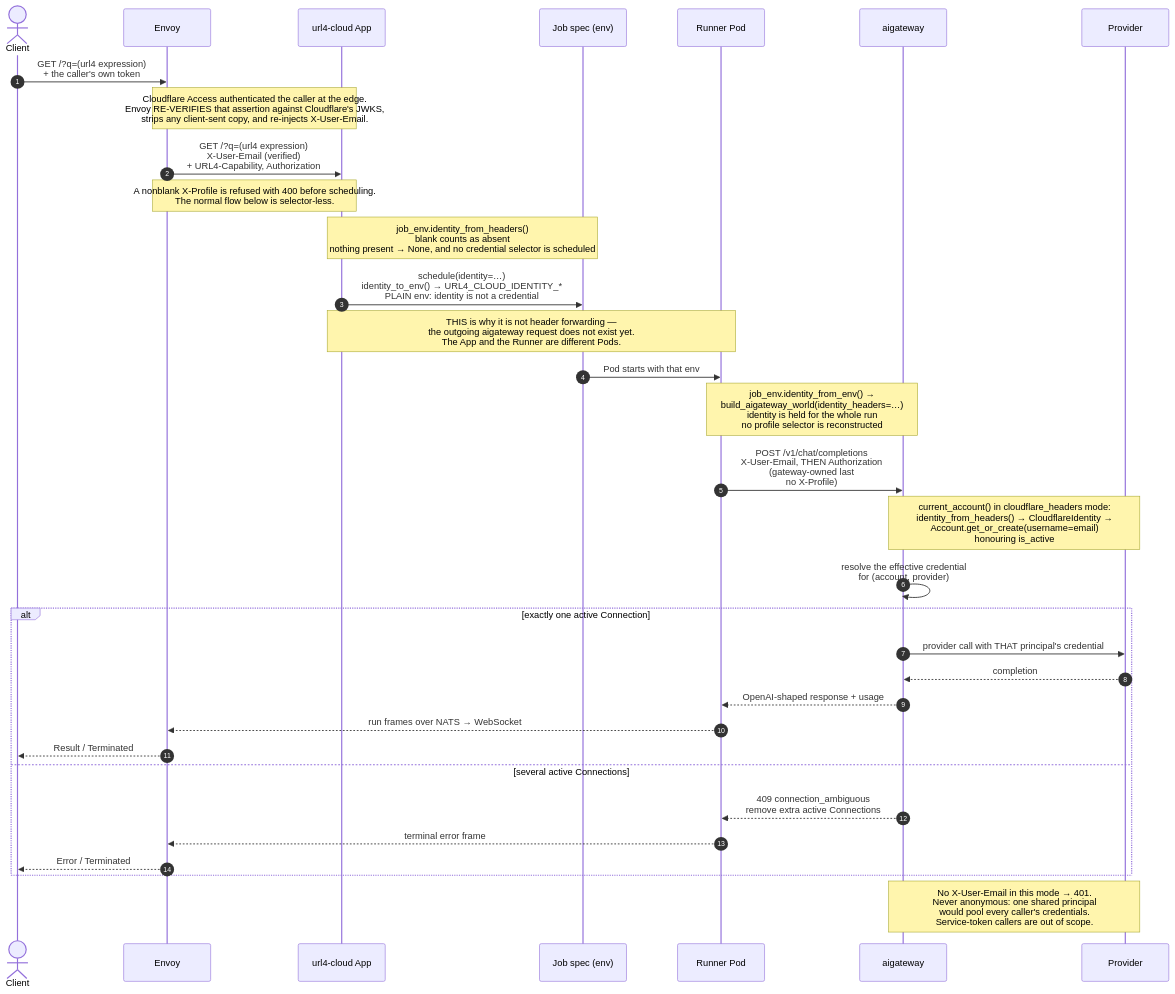
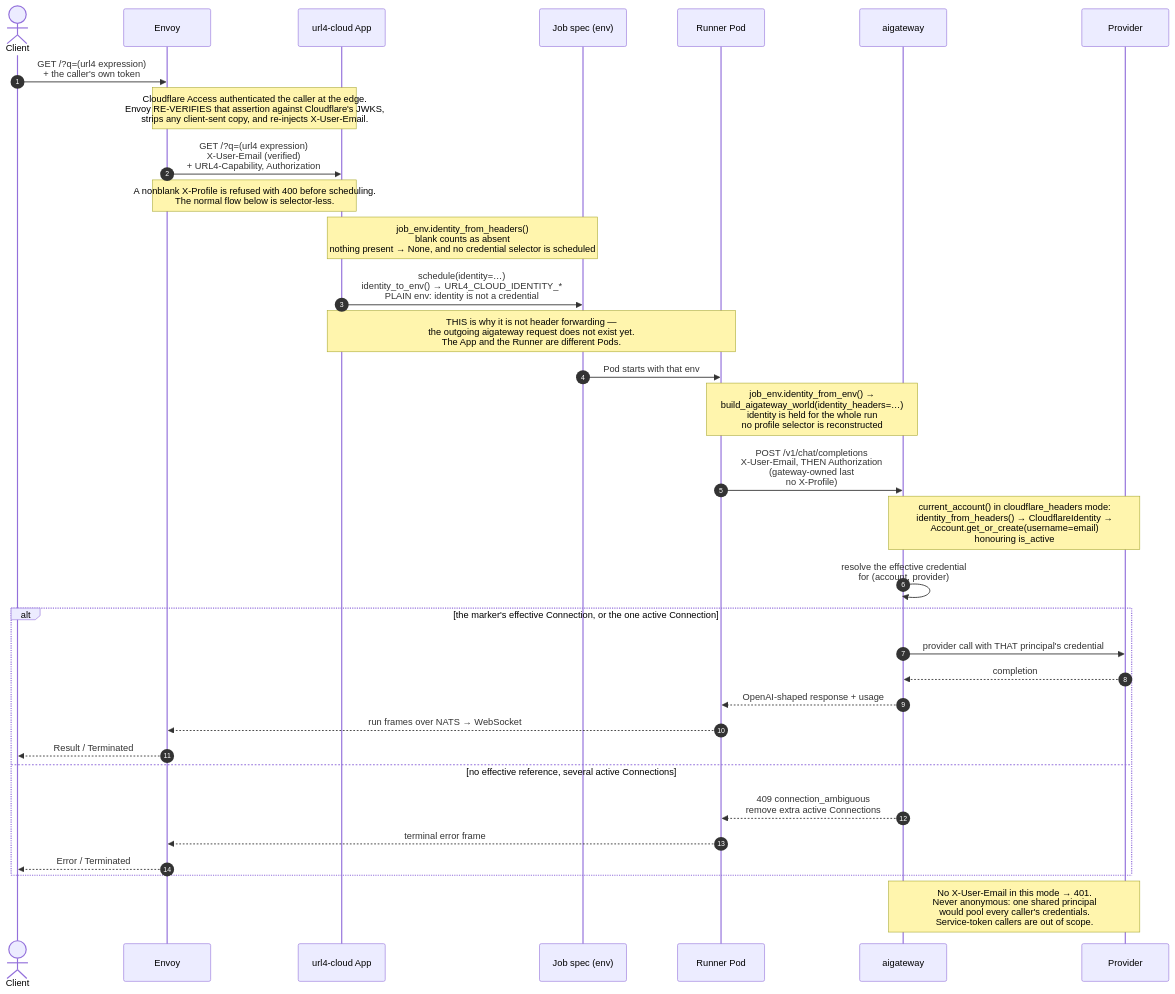
Before and after one commit to ScreamingFace/screamingface: the first of 3 diagrams in docs/diagrams/gateway-identity.md, drawn with Mermaid. The commit also changed other lines of this file and 7 other files, not shown here.

````diff
--- a/docs/diagrams/gateway-identity.md
+++ b/docs/diagrams/gateway-identity.md
@@ -42,42 +42,42 @@
 ```mermaid
 sequenceDiagram
     autonumber
     actor C as Client
     participant E as Envoy
     participant A as url4-cloud App
     participant J as Job spec (env)
     participant R as Runner Pod
     participant G as aigateway
     participant P as Provider
 
     C->>E: GET /?q=(url4 expression)<br/>+ the caller's own token
     Note over E,A: Cloudflare Access authenticated the caller at the edge.<br/>Envoy RE-VERIFIES that assertion against Cloudflare's JWKS,<br/>strips any client-sent copy, and re-injects X-User-Email.
     E->>A: GET /?q=(url4 expression)<br/>X-User-Email (verified)<br/>+ URL4-Capability, Authorization
     Note over E,A: A nonblank X-Profile is refused with 400 before scheduling.<br/>The normal flow below is selector-less.
 
     Note over A,J: job_env.identity_from_headers()<br/>blank counts as absent<br/>nothing present → None, and no credential selector is scheduled
     A->>J: schedule(identity=…)<br/>identity_to_env() → URL4_CLOUD_IDENTITY_*<br/>PLAIN env: identity is not a credential
 
     Note over A,R: THIS is why it is not header forwarding —<br/>the outgoing aigateway request does not exist yet.<br/>The App and the Runner are different Pods.
 
     J->>R: Pod starts with that env
     Note over R,G: job_env.identity_from_env() →<br/>build_aigateway_world(identity_headers=…)<br/>identity is held for the whole run<br/>no profile selector is reconstructed
 
     R->>G: POST /v1/chat/completions<br/>X-User-Email, THEN Authorization<br/>(gateway-owned last<br/>no X-Profile)
 
     Note over G,P: current_account() in cloudflare_headers mode:<br/>identity_from_headers() → CloudflareIdentity →<br/>Account.get_or_create(username=email)<br/>honouring is_active
     G->>G: resolve the effective credential<br/>for (account, provider)
-    alt exactly one active Connection
+    alt the marker's effective Connection, or the one active Connection
         G->>P: provider call with THAT principal's credential
         P-->>G: completion
         G-->>R: OpenAI-shaped response + usage
         R-->>E: run frames over NATS → WebSocket
         E-->>C: Result / Terminated
-    else several active Connections
+    else no effective reference, several active Connections
         G-->>R: 409 connection_ambiguous<br/>remove extra active Connections
         R-->>E: terminal error frame
         E-->>C: Error / Terminated
     end
 
     Note over G,P: No X-User-Email in this mode → 401.<br/>Never anonymous: one shared principal<br/>would pool every caller's credentials.<br/>Service-token callers are out of scope.
 ```
````
